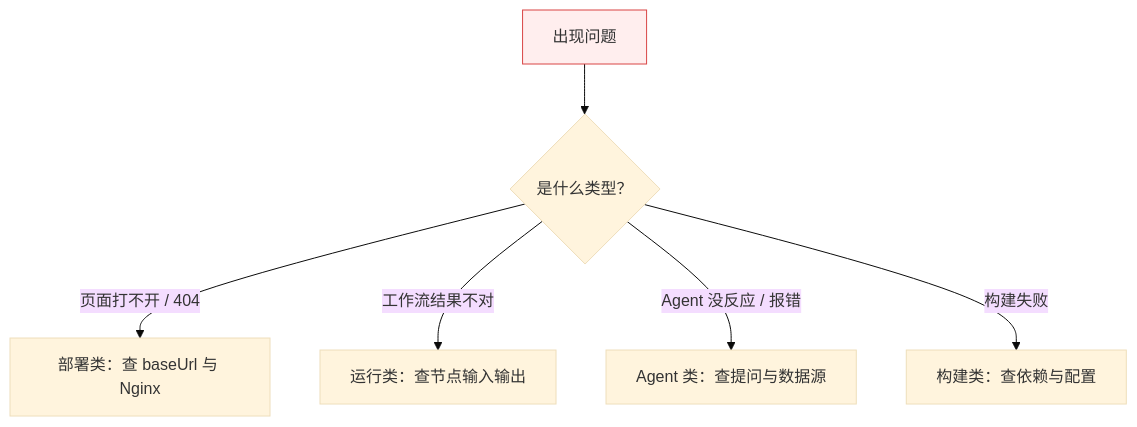
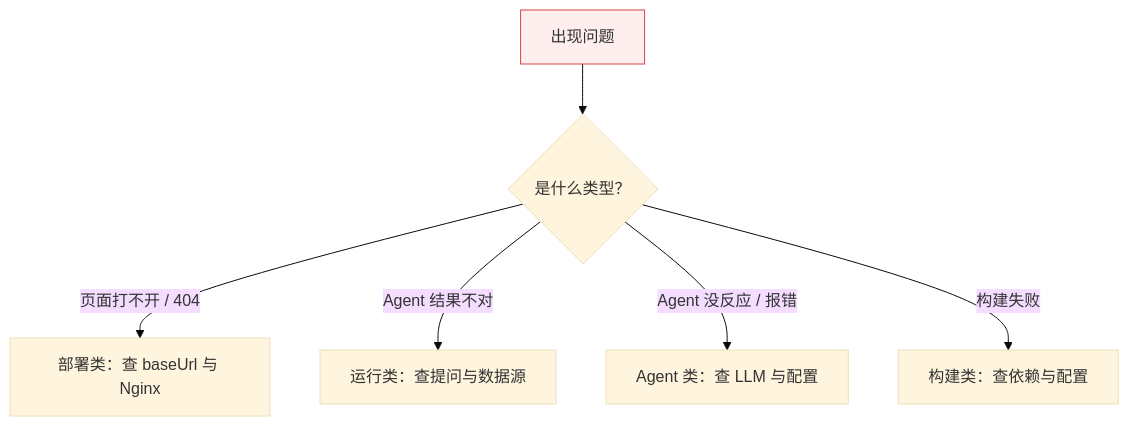
One commit to shixia9/MustBeTheSQL changed the first of 3 diagrams in sql-logic-docs/docs/faq/troubleshooting.md. Above: the diagram before and after it, drawn with Mermaid (base theme). The commit also changed other lines of this file and 11 other files, not shown here.

````diff
--- a/sql-logic-docs/docs/faq/troubleshooting.md
+++ b/sql-logic-docs/docs/faq/troubleshooting.md
@@ -13,9 +13,9 @@
 ```mermaid
 flowchart TD
   P["出现问题"] --> Q1{"是什么类型？"}
   Q1 -- "页面打不开 / 404" --> D1["部署类：查 baseUrl 与 Nginx"]
-  Q1 -- "工作流结果不对" --> D2["运行类：查节点输入输出"]
-  Q1 -- "Agent 没反应 / 报错" --> D3["Agent 类：查提问与数据源"]
+  Q1 -- "Agent 结果不对" --> D2["运行类：查提问与数据源"]
+  Q1 -- "Agent 没反应 / 报错" --> D3["Agent 类：查 LLM 与配置"]
   Q1 -- "构建失败" --> D4["构建类：查依赖与配置"]
   style P fill:#fee,stroke:#d94545
 ```
````
